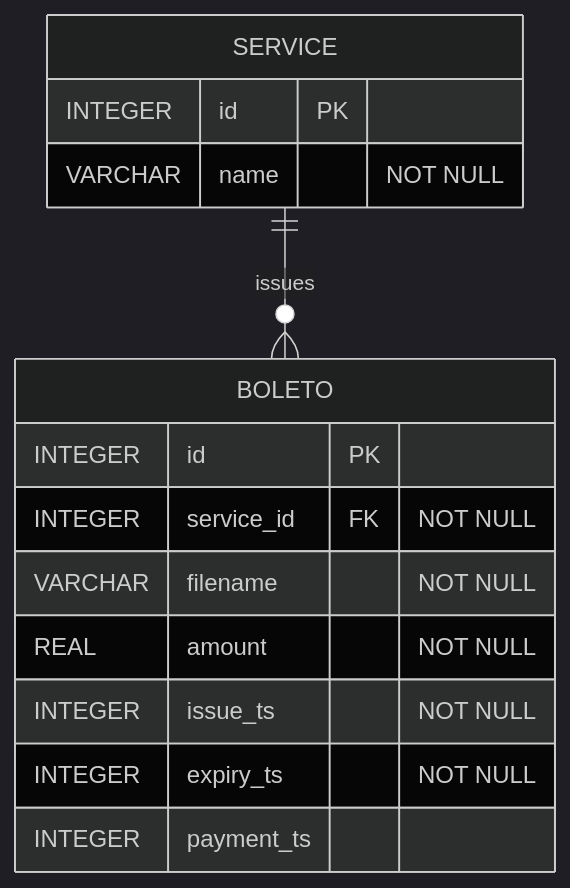
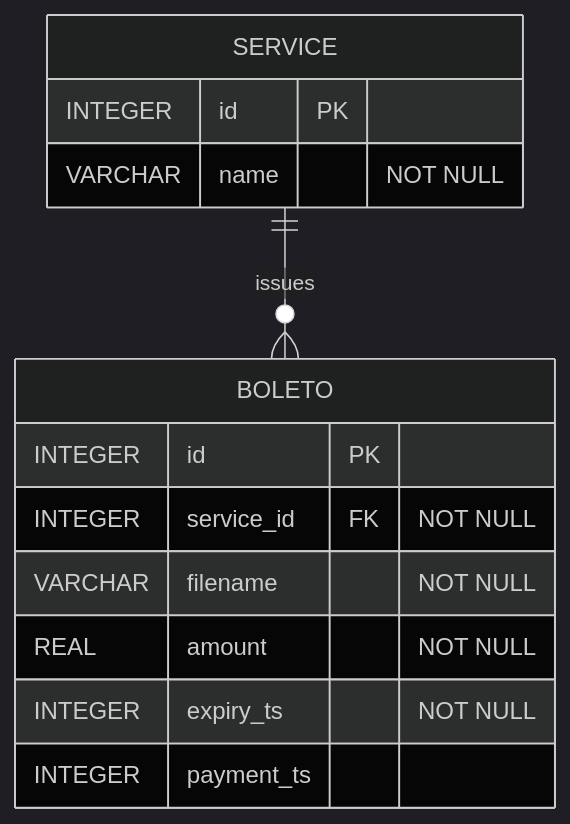
The diagram in README.md (guidanoli/boletos-flask), drawn with Mermaid (dark theme) before and after one commit. The commit also changed 3 other files, not shown here.

````diff
--- a/README.md
+++ b/README.md
@@ -22,20 +22,19 @@
 ```mermaid
 erDiagram
 
     SERVICE {
         INTEGER id PK
         VARCHAR name "NOT NULL"
     }
     
     BOLETO {
         INTEGER id PK
         INTEGER service_id FK "NOT NULL"
         VARCHAR filename "NOT NULL"
         REAL amount "NOT NULL"
-        INTEGER issue_ts "NOT NULL"
         INTEGER expiry_ts "NOT NULL"
         INTEGER payment_ts
     }
 
     SERVICE ||--o{ BOLETO : issues
 ```
````
